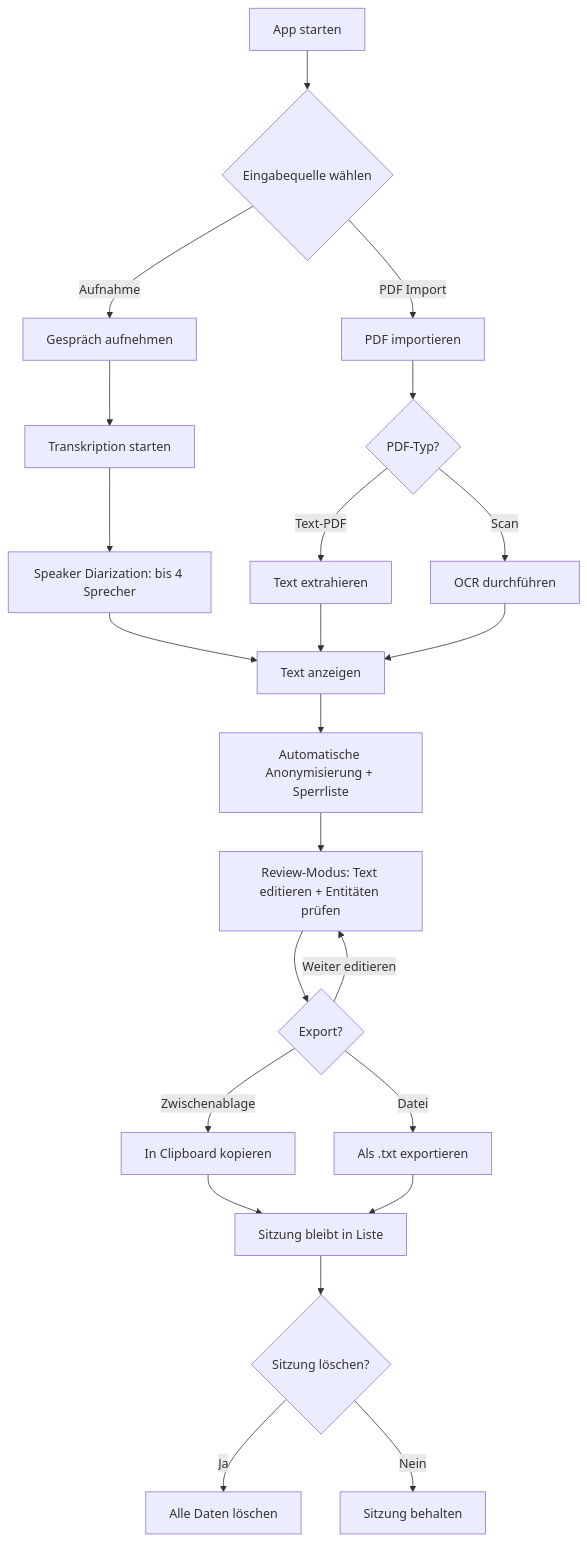
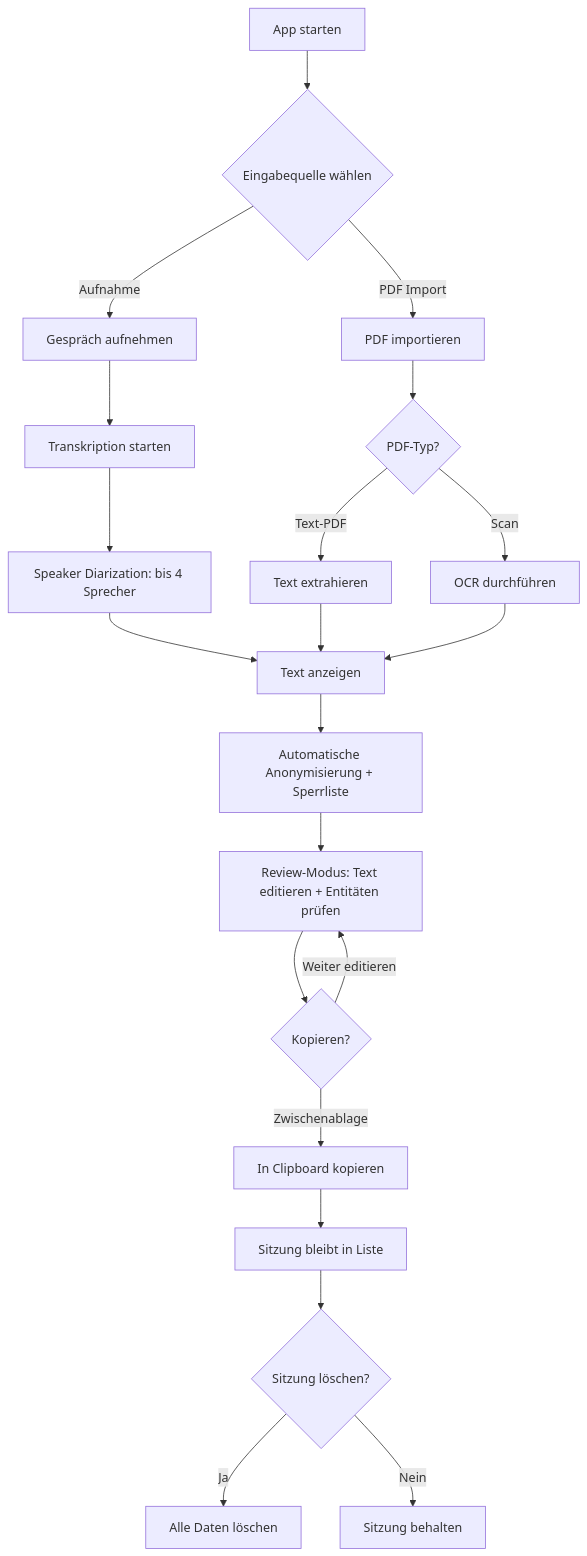
One commit to adbstyle/therascripter changed the diagram in requirements.md. Above: the diagram before and after it, drawn with Mermaid. The commit also changed other lines of this file and 1 other file, not shown here.

First line of the commit message:
Remove .txt file export, keep only clipboard (Entscheidung #127)

````diff
--- a/requirements.md
+++ b/requirements.md
@@ -397,25 +396,23 @@
 ```mermaid
 flowchart TD
     A[App starten] --> B{Eingabequelle wählen}
     B -->|Aufnahme| C[Gespräch aufnehmen]
     B -->|PDF Import| D[PDF importieren]
     C --> E[Transkription starten]
     E --> E2[Speaker Diarization: bis 4 Sprecher]
     E2 --> I
     D --> F{PDF-Typ?}
     F -->|Text-PDF| G[Text extrahieren]
     F -->|Scan| H[OCR durchführen]
     G --> I[Text anzeigen]
     H --> I
     I --> J[Automatische Anonymisierung + Sperrliste]
     J --> K[Review-Modus: Text editieren + Entitäten prüfen]
-    K --> L{Export?}
+    K --> L{Kopieren?}
     L -->|Zwischenablage| M[In Clipboard kopieren]
-    L -->|Datei| N[Als .txt exportieren]
     L -->|Weiter editieren| K
     M --> O[Sitzung bleibt in Liste]
-    N --> O
     O --> P{Sitzung löschen?}
     P -->|Ja| Q[Alle Daten löschen]
     P -->|Nein| R[Sitzung behalten]
 ```
````
